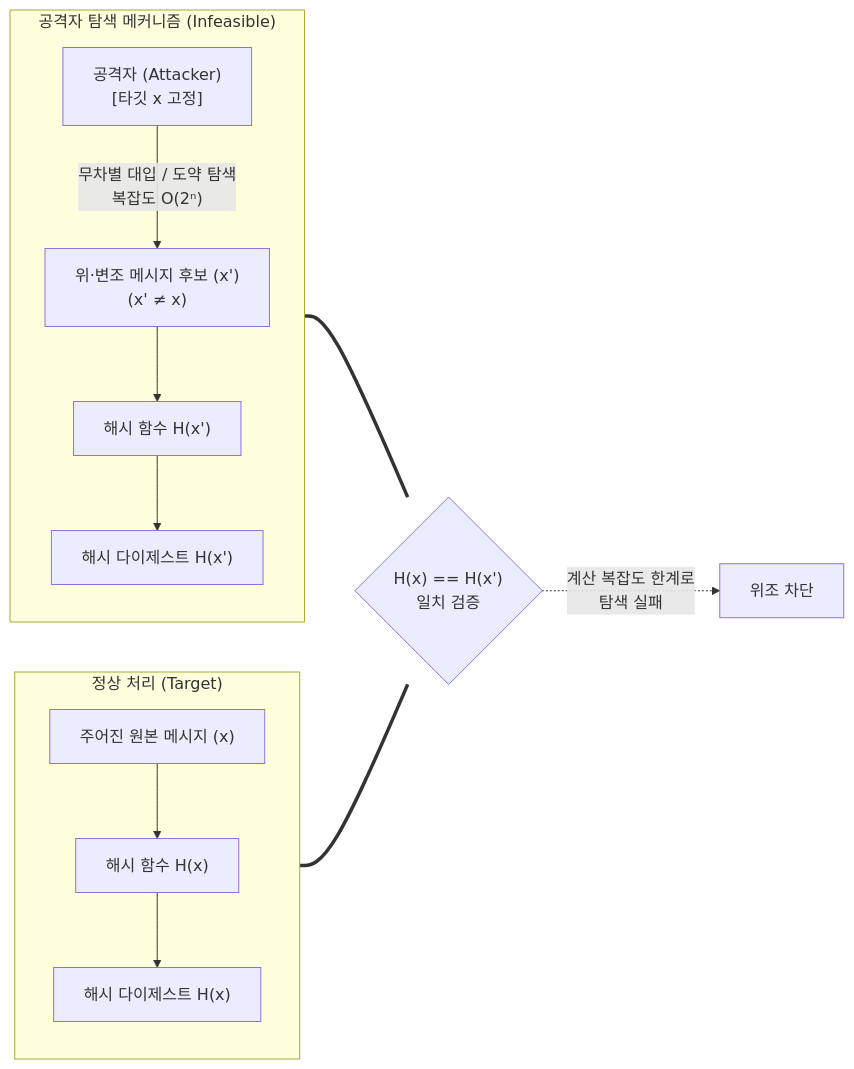
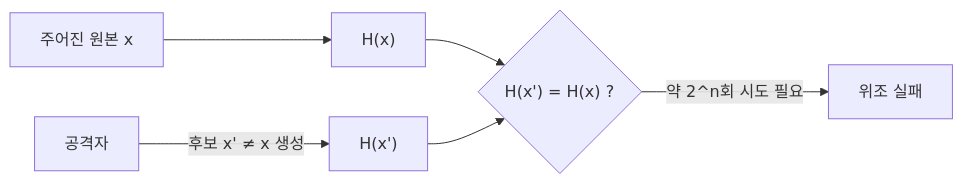
The diagram in content/01_IT Tech/제2 역상 저항성.md (supremethumb/supremethumb.github.io), drawn with Mermaid before and after one commit. The commit also changed other lines of this file and 1087 other files, not shown here.

````diff
--- a/content/01_IT Tech/제2 역상 저항성.md
+++ b/content/01_IT Tech/제2 역상 저항성.md
@@ -29,24 +35,8 @@
 ```mermaid
 flowchart LR
-    subgraph Target ["정상 처리 (Target)"]
-        direction TB
-        M1["주어진 원본 메시지 (x)"] --> H1["해시 함수 H(x)"]
-        H1 --> D1["해시 다이제스트 H(x)"]
-    end
-
-    subgraph Attack ["공격자 탐색 메커니즘 (Infeasible)"]
-        direction TB
-        ADV["공격자 (Attacker)<br/>[타깃 x 고정]"]
-        M2["위·변조 메시지 후보 (x')<br/>(x' ≠ x)"]
-        H2["해시 함수 H(x')"]
-        
-        ADV -->|"무차별 대입 / 도약 탐색<br/>복잡도 O(2ⁿ)"| M2
-        M2 --> H2
-        H2 --> D2["해시 다이제스트 H(x')"]
-    end
-
-    D1 === CMP{"H(x) == H(x')<br/>일치 검증"}
-    D2 === CMP
-    CMP -.->|"계산 복잡도 한계로<br/>탐색 실패"| BLOCK["위조 차단"]
-
+    X["주어진 원본 x"] --> HX["H(x)"]
+    A["공격자"] -->|"후보 x' ≠ x 생성"| HX2["H(x')"]
+    HX --> C{"H(x') = H(x) ?"}
+    HX2 --> C
+    C -->|"약 2^n회 시도 필요"| F["위조 실패"]
 ```
````
